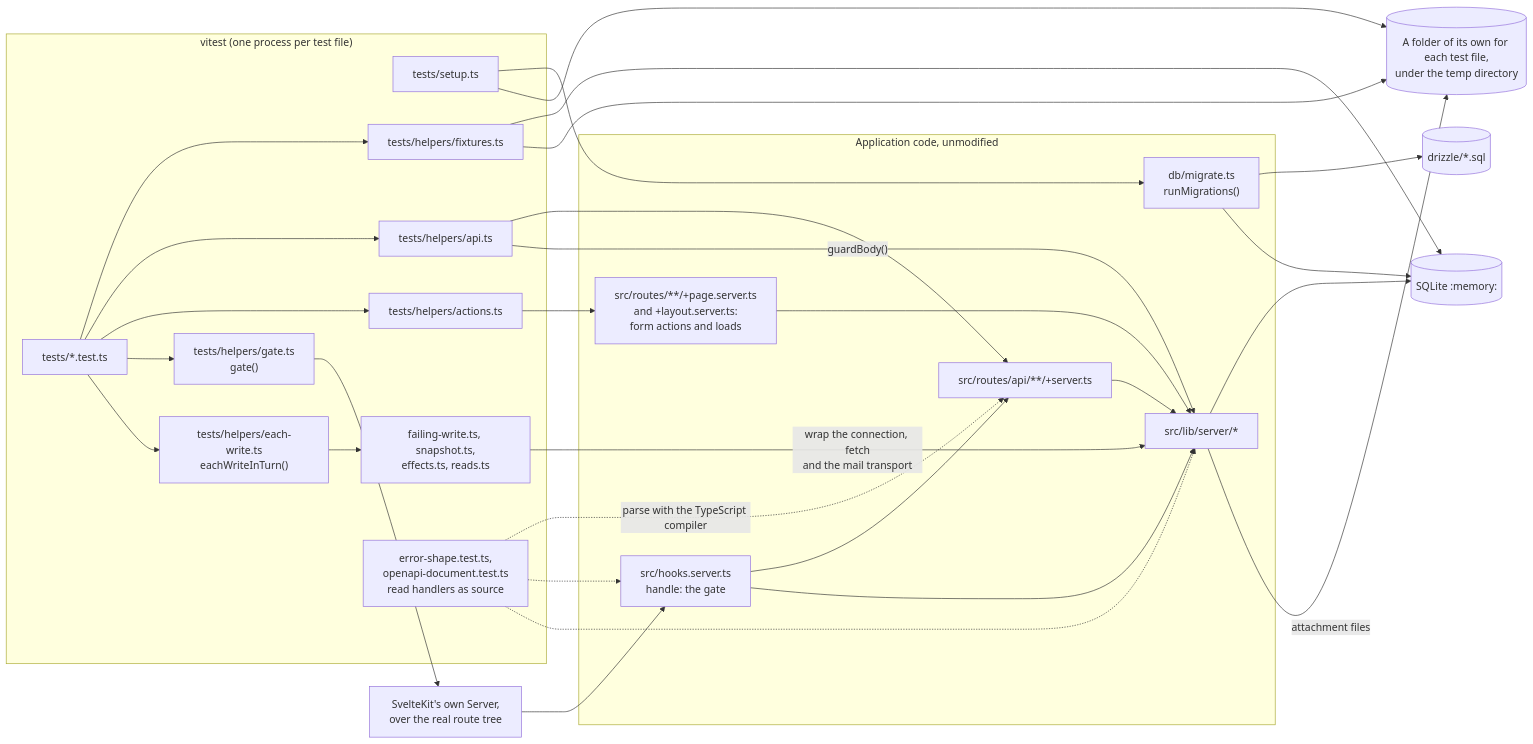
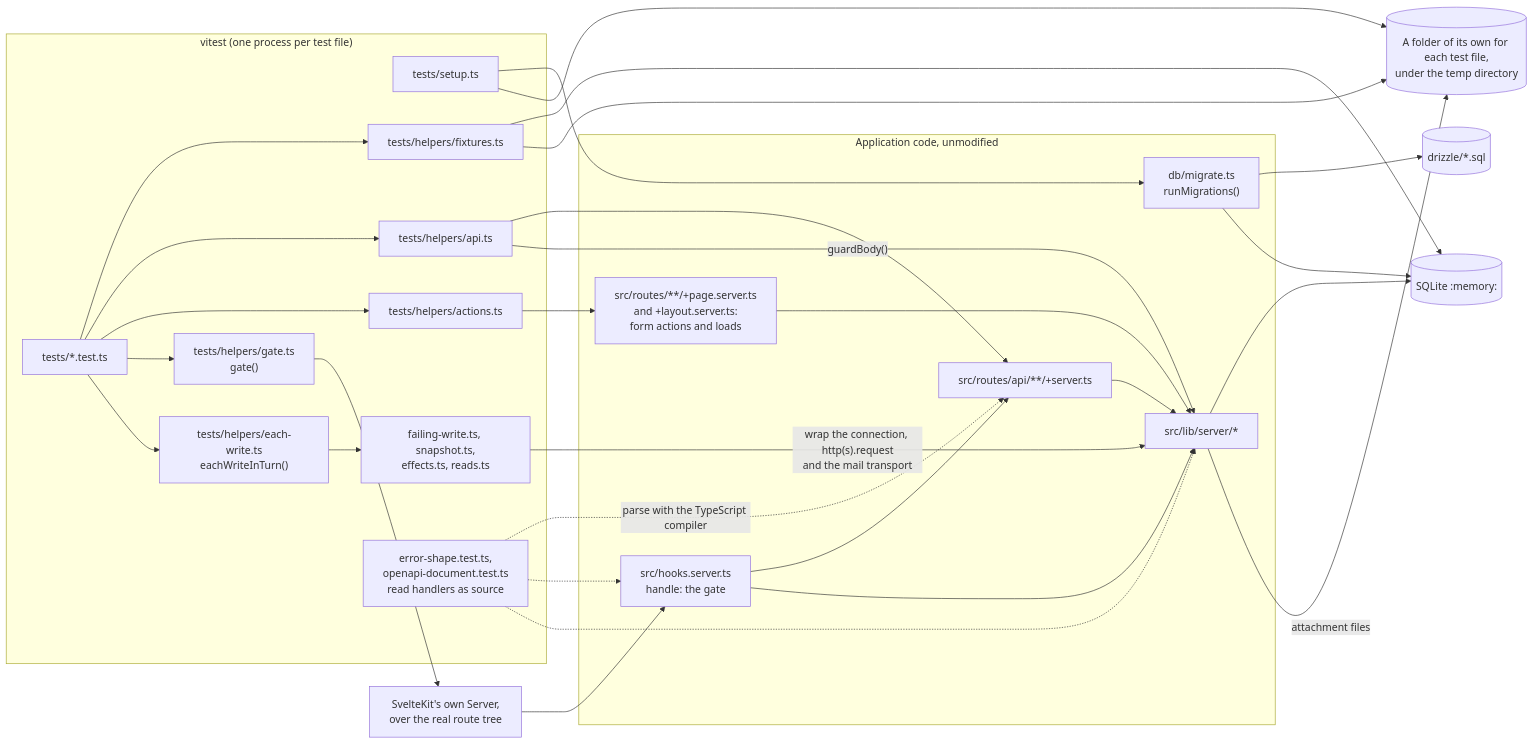
One commit to gitBoon/DumpFire changed the first of 12 diagrams in docs/testing.md. Above: the diagram before and after it, drawn with Mermaid. The commit also changed other lines of this file and 49 other files, not shown here.

````diff
--- a/docs/testing.md
+++ b/docs/testing.md
@@ -80,47 +80,47 @@
 ```mermaid
 flowchart LR
     subgraph Vitest["vitest (one process per test file)"]
         Setup["tests/setup.ts"]
         Test["tests/*.test.ts"]
         Fixtures["tests/helpers/fixtures.ts"]
         Api["tests/helpers/api.ts"]
         Actions["tests/helpers/actions.ts"]
         Gate["tests/helpers/gate.ts\ngate()"]
         Each["tests/helpers/each-write.ts\neachWriteInTurn()"]
         Probes["failing-write.ts, snapshot.ts,\neffects.ts, reads.ts"]
         Readers["error-shape.test.ts,\nopenapi-document.test.ts\nread handlers as source"]
     end
 
     subgraph App["Application code, unmodified"]
         Runner["db/migrate.ts\nrunMigrations()"]
         Hook["src/hooks.server.ts\nhandle: the gate"]
         Routes["src/routes/api/**/+server.ts"]
         Pages["src/routes/**/+page.server.ts\nand +layout.server.ts:\nform actions and loads"]
         Lib["src/lib/server/*"]
     end
 
     Kit["SvelteKit's own Server,\nover the real route tree"]
 
     Sql[("drizzle/*.sql")]
     Mem[("SQLite :memory:")]
     Tmp[("A folder of its own for each test file,\nunder the temp directory")]
 
     Setup --> Runner
     Runner --> Sql
     Runner --> Mem
     Setup --> Tmp
     Test --> Fixtures --> Mem
     Fixtures --> Tmp
     Test --> Api --> Routes --> Lib --> Mem
     Api -->|"guardBody()"| Lib
     Test --> Actions --> Pages --> Lib
     Test --> Gate --> Kit --> Hook --> Routes
     Hook --> Lib
     Readers -.->|"parse with the TypeScript compiler"| Routes
     Readers -.-> Hook
     Readers -.-> Lib
     Lib -->|"attachment files"| Tmp
     Test --> Each
     Each --> Probes
-    Probes -->|"wrap the connection, fetch\nand the mail transport"| Lib
+    Probes -->|"wrap the connection, http(s).request\nand the mail transport"| Lib
 ```
````
